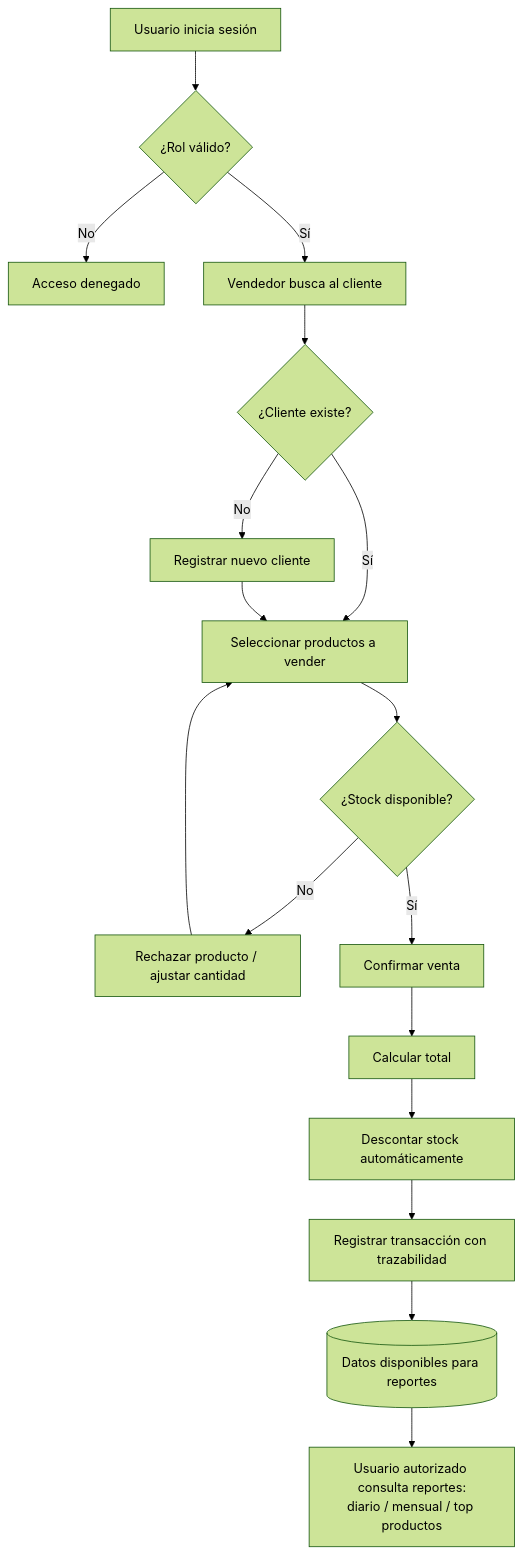
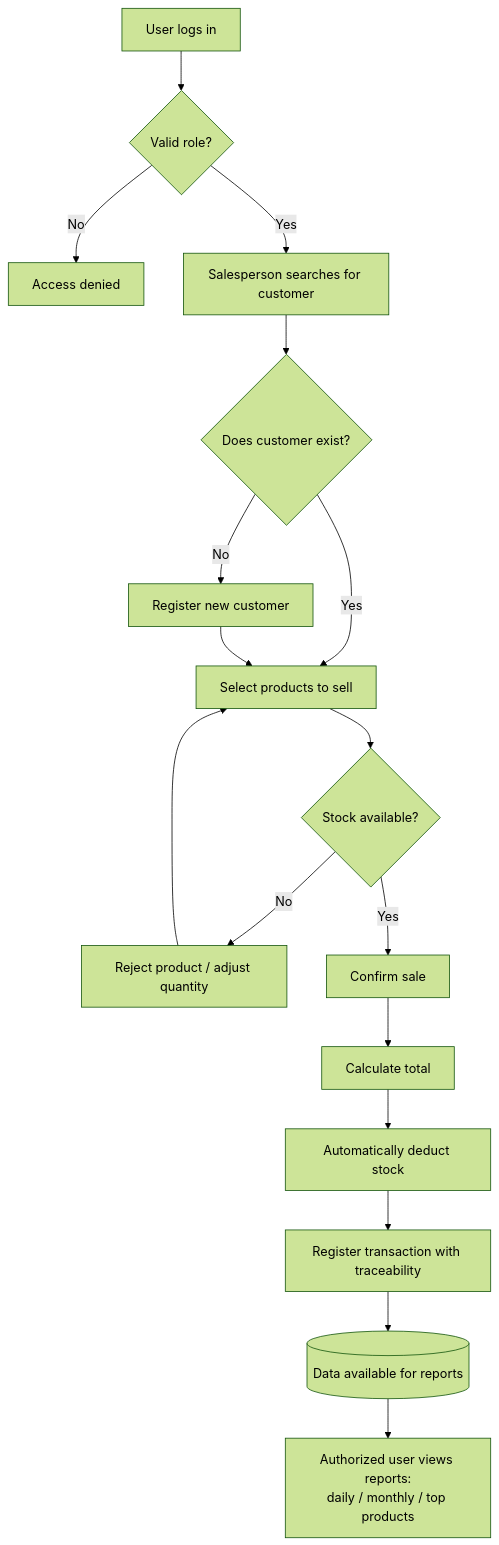
One commit to AsolanoT/sistemas-distribuidos-2026-b-g1 changed the diagram in 03-week/hu-status/docs/01_PDR_negocio_v2.md. Above: the diagram before and after it, drawn with Mermaid (forest theme). The commit also changed other lines of this file and 2 other files, not shown here.

Commit message:
Refactor documentation for Sales Management System: update PDR, context map, and architecture ADR to English; enhance clarity and structure; ensure consistent formatting and terminology across all documents.

````diff
--- a/03-week/hu-status/docs/01_PDR_negocio_v2.md
+++ b/03-week/hu-status/docs/01_PDR_negocio_v2.md
@@ -95,19 +96,19 @@
 ```mermaid
 flowchart TD
-    A[Usuario inicia sesión] --> B{¿Rol válido?}
-    B -- No --> Z[Acceso denegado]
-    B -- Sí --> C[Vendedor busca al cliente]
-    C --> D{¿Cliente existe?}
-    D -- No --> E[Registrar nuevo cliente]
-    D -- Sí --> F[Seleccionar productos a vender]
+    A[User logs in] --> B{Valid role?}
+    B -- No --> Z[Access denied]
+    B -- Yes --> C[Salesperson searches for customer]
+    C --> D{Does customer exist?}
+    D -- No --> E[Register new customer]
+    D -- Yes --> F[Select products to sell]
     E --> F
-    F --> G{¿Stock disponible?}
-    G -- No --> H[Rechazar producto / ajustar cantidad]
+    F --> G{Stock available?}
+    G -- No --> H[Reject product / adjust quantity]
     H --> F
-    G -- Sí --> I[Confirmar venta]
-    I --> J[Calcular total]
-    J --> K[Descontar stock automáticamente]
-    K --> L[Registrar transacción con trazabilidad]
-    L --> M[(Datos disponibles para reportes)]
-    M --> N[Usuario autorizado consulta reportes:<br/>diario / mensual / top productos]
+    G -- Yes --> I[Confirm sale]
+    I --> J[Calculate total]
+    J --> K[Automatically deduct stock]
+    K --> L[Register transaction with traceability]
+    L --> M[(Data available for reports)]
+    M --> N[Authorized user views reports:<br/>daily / monthly / top products]
 ```
````
